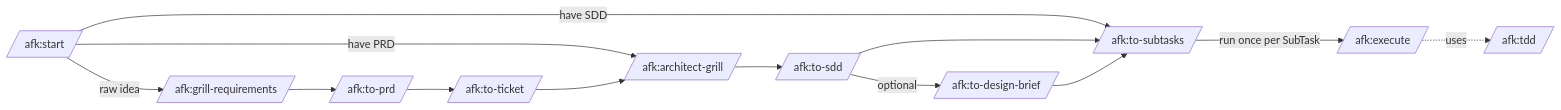
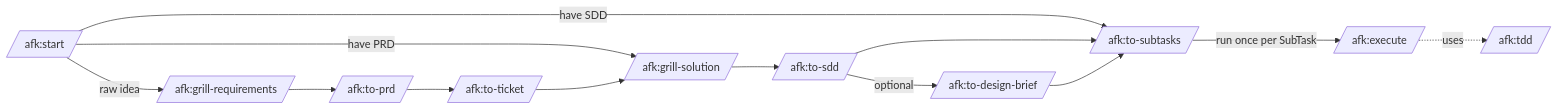
One commit to midnightblur/afk-driver changed the diagram in README.md. Above: the diagram before and after it, drawn with Mermaid. The commit also changed other lines of this file and 10 other files, not shown here.

````diff
--- a/README.md
+++ b/README.md
@@ -16,12 +16,12 @@
 ```mermaid
 graph LR
     Start[/afk:start/] -->|raw idea| Grill[/afk:grill-requirements/]
-    Start -->|have PRD| AG[/afk:architect-grill/]
+    Start -->|have PRD| AG[/afk:grill-solution/]
     Start -->|have SDD| Sub[/afk:to-subtasks/]
     Grill --> Prd[/afk:to-prd/] --> Ticket[/afk:to-ticket/] --> AG --> Sdd[/afk:to-sdd/]
     Sdd -->|optional| Brief[/afk:to-design-brief/]
     Sdd --> Sub
     Brief --> Sub
     Sub -->|run once per SubTask| Exec[/afk:execute/]
     Exec -.uses.-> Tdd[/afk:tdd/]
 ```
````
